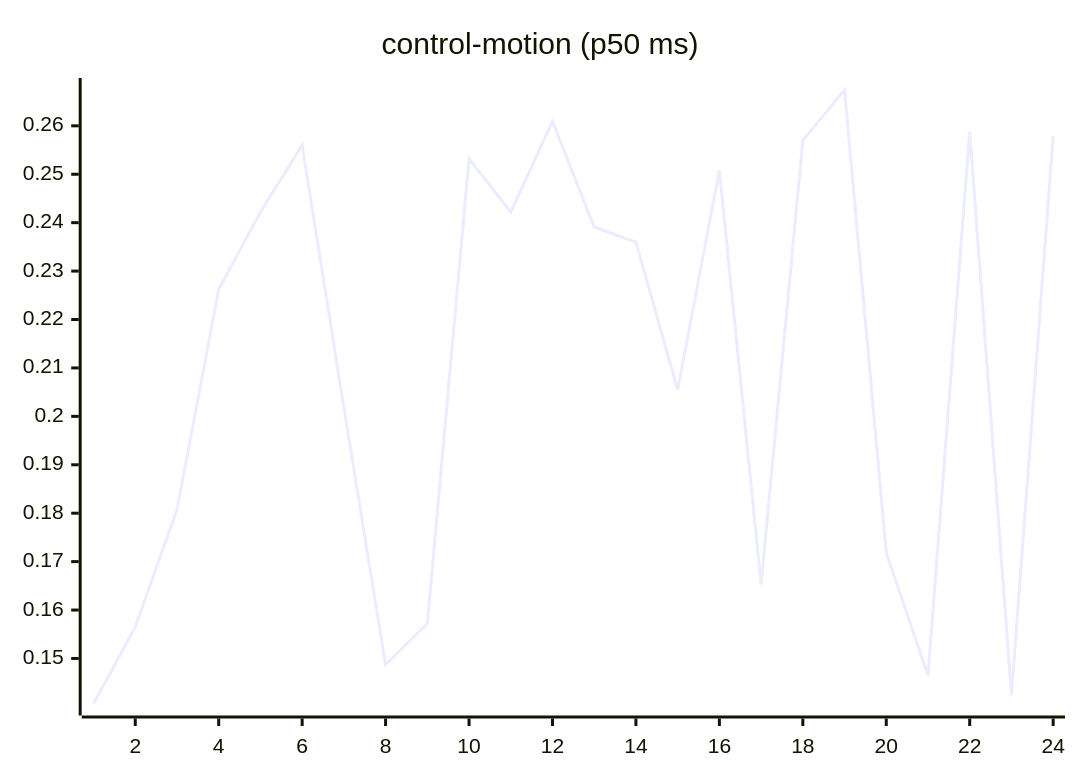
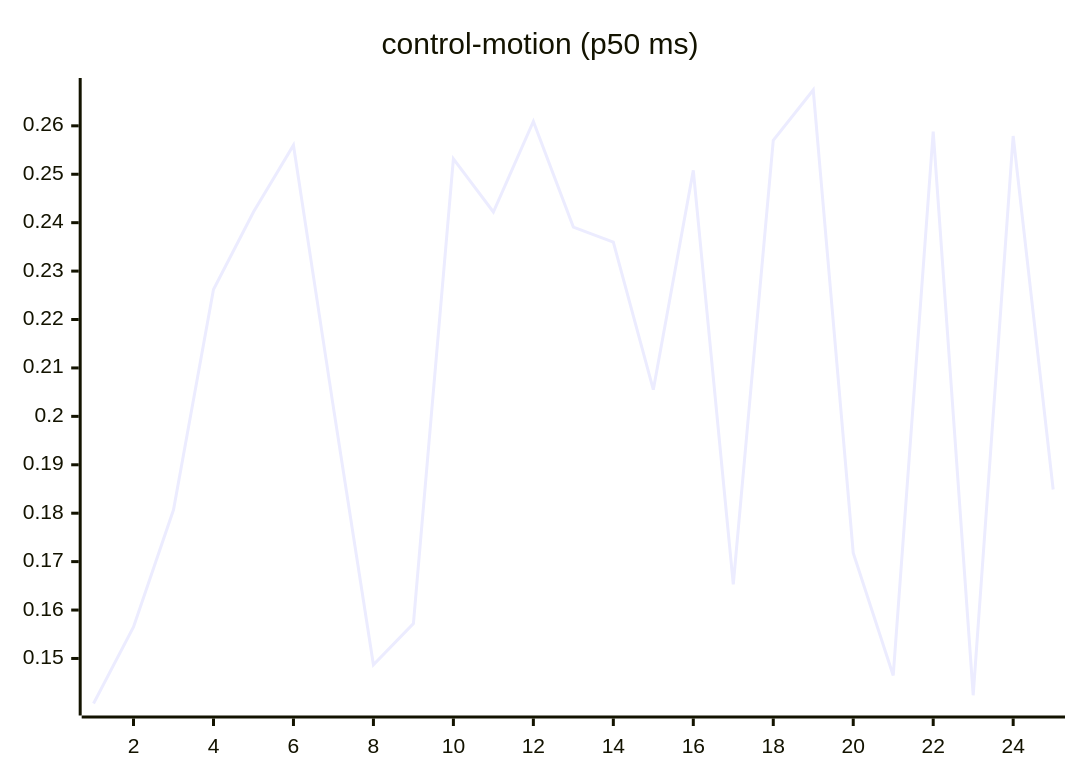
The seventh of 27 diagrams in README.md (josha/Facet), drawn with Mermaid before and after one commit. The commit also changed other lines of this file and 2 other files, not shown here.

````diff
--- a/README.md
+++ b/README.md
@@ -105,6 +105,6 @@
 ```mermaid
 xychart-beta
     title "control-motion (p50 ms)"
-    x-axis 1 --> 24
-    line [0.1407, 0.1565, 0.1807, 0.2262, 0.2422, 0.2560, 0.2018, 0.1487, 0.1572, 0.2532, 0.2422, 0.2609, 0.2391, 0.2360, 0.2055, 0.2508, 0.1653, 0.2570, 0.2674, 0.1718, 0.1465, 0.2588, 0.1424, 0.2579]
+    x-axis 1 --> 25
+    line [0.1407, 0.1565, 0.1807, 0.2262, 0.2422, 0.2560, 0.2018, 0.1487, 0.1572, 0.2532, 0.2422, 0.2609, 0.2391, 0.2360, 0.2055, 0.2508, 0.1653, 0.2570, 0.2674, 0.1718, 0.1465, 0.2588, 0.1424, 0.2579, 0.1849]
 ```
````
